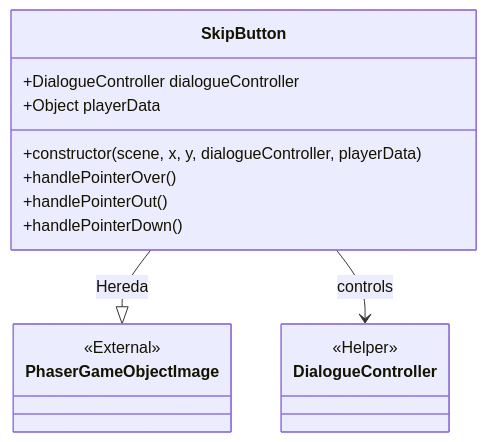
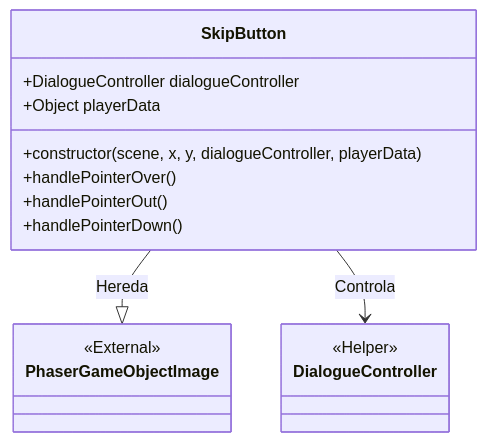
Before and after one commit to MaltenGD/TimeBoxed: the third of 40 diagrams in arquitectura.md, drawn with Mermaid. The commit also changed other lines of this file, not shown here.

````diff
--- a/arquitectura.md
+++ b/arquitectura.md
@@ -76,22 +108,22 @@
 ```mermaid
 classDiagram
     class SkipButton {
         +DialogueController dialogueController
         +Object playerData
 
         +constructor(scene, x, y, dialogueController, playerData)
         +handlePointerOver()
         +handlePointerOut()
         +handlePointerDown()
     }
 
     class PhaserGameObjectImage {
         <<External>>
     }
     class DialogueController {
         <<Helper>>
     }
 
     SkipButton --|> PhaserGameObjectImage : Hereda
-    SkipButton --> DialogueController : controls
+    SkipButton --> DialogueController : Controla
 ```
````
